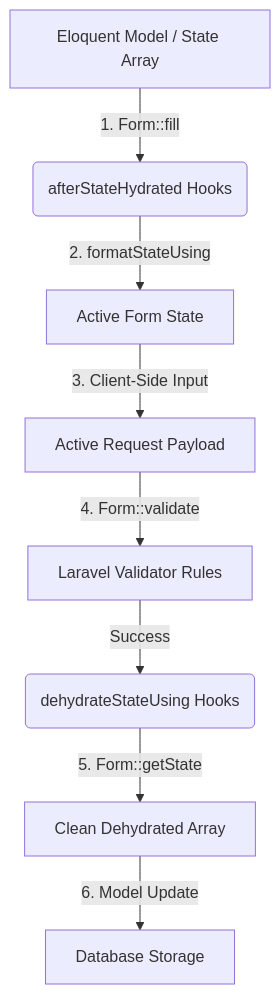
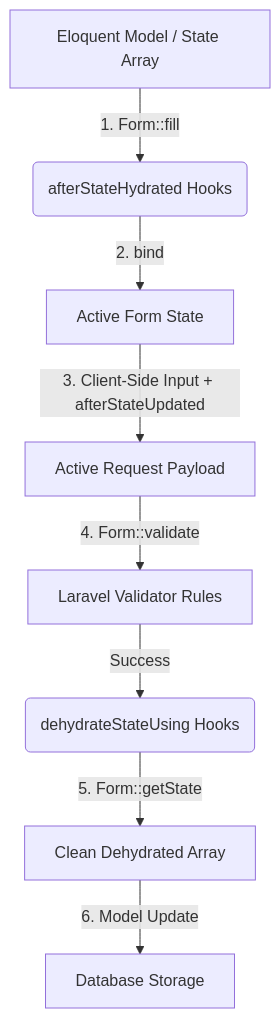
The second of 2 diagrams in docs/forms.md (happones/kinetix), drawn with Mermaid before and after one commit. The commit also changed other lines of this file and 7 other files, not shown here.

Commit message:
docs: fix fabricated/inaccurate references (formatStateUsing, KINETIX_TEAMS, vue-i18n, membership states) + document Resources view/show page (v0.4.6)

````diff
--- a/docs/forms.md
+++ b/docs/forms.md
@@ -36,10 +36,10 @@
 ```mermaid
 graph TD
     A[Eloquent Model / State Array] -->|1. Form::fill| B(afterStateHydrated Hooks)
-    B -->|2. formatStateUsing| C[Active Form State]
-    C -->|3. Client-Side Input| D[Active Request Payload]
+    B -->|2. bind| C[Active Form State]
+    C -->|3. Client-Side Input + afterStateUpdated| D[Active Request Payload]
     D -->|4. Form::validate| E[Laravel Validator Rules]
     E -->|Success| F(dehydrateStateUsing Hooks)
     F -->|5. Form::getState| G[Clean Dehydrated Array]
     G -->|6. Model Update| H[Database Storage]
 ```
````
